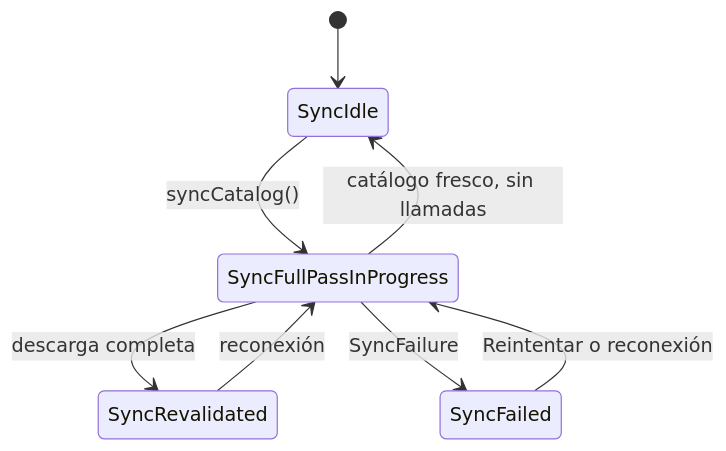
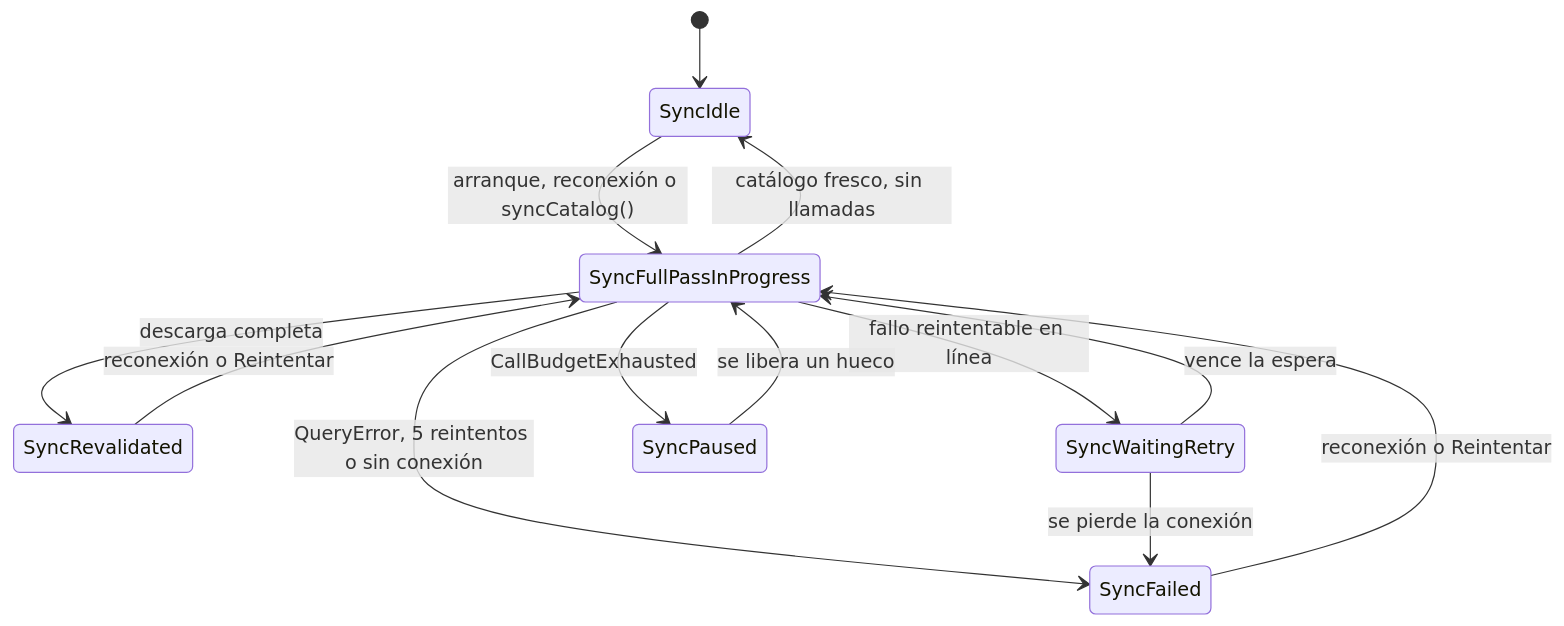
The third of 5 diagrams in docs/arquitectura.md (JoseHidalgoG/pokedex-flutter), drawn with Mermaid before and after one commit. The commit also changed other lines of this file, not shown here.

````diff
--- a/docs/arquitectura.md
+++ b/docs/arquitectura.md
@@ -114,10 +121,15 @@
 ```mermaid
 stateDiagram-v2
   [*] --> SyncIdle
-  SyncIdle --> SyncFullPassInProgress: syncCatalog()
+  SyncIdle --> SyncFullPassInProgress: arranque, reconexión o syncCatalog()
   SyncFullPassInProgress --> SyncIdle: catálogo fresco, sin llamadas
   SyncFullPassInProgress --> SyncRevalidated: descarga completa
-  SyncFullPassInProgress --> SyncFailed: SyncFailure
-  SyncRevalidated --> SyncFullPassInProgress: reconexión
-  SyncFailed --> SyncFullPassInProgress: Reintentar o reconexión
+  SyncFullPassInProgress --> SyncWaitingRetry: fallo reintentable en línea
+  SyncWaitingRetry --> SyncFullPassInProgress: vence la espera
+  SyncFullPassInProgress --> SyncPaused: CallBudgetExhausted
+  SyncPaused --> SyncFullPassInProgress: se libera un hueco
+  SyncFullPassInProgress --> SyncFailed: QueryError, 5 reintentos o sin conexión
+  SyncWaitingRetry --> SyncFailed: se pierde la conexión
+  SyncRevalidated --> SyncFullPassInProgress: reconexión o Reintentar
+  SyncFailed --> SyncFullPassInProgress: reconexión o Reintentar
 ```
````
